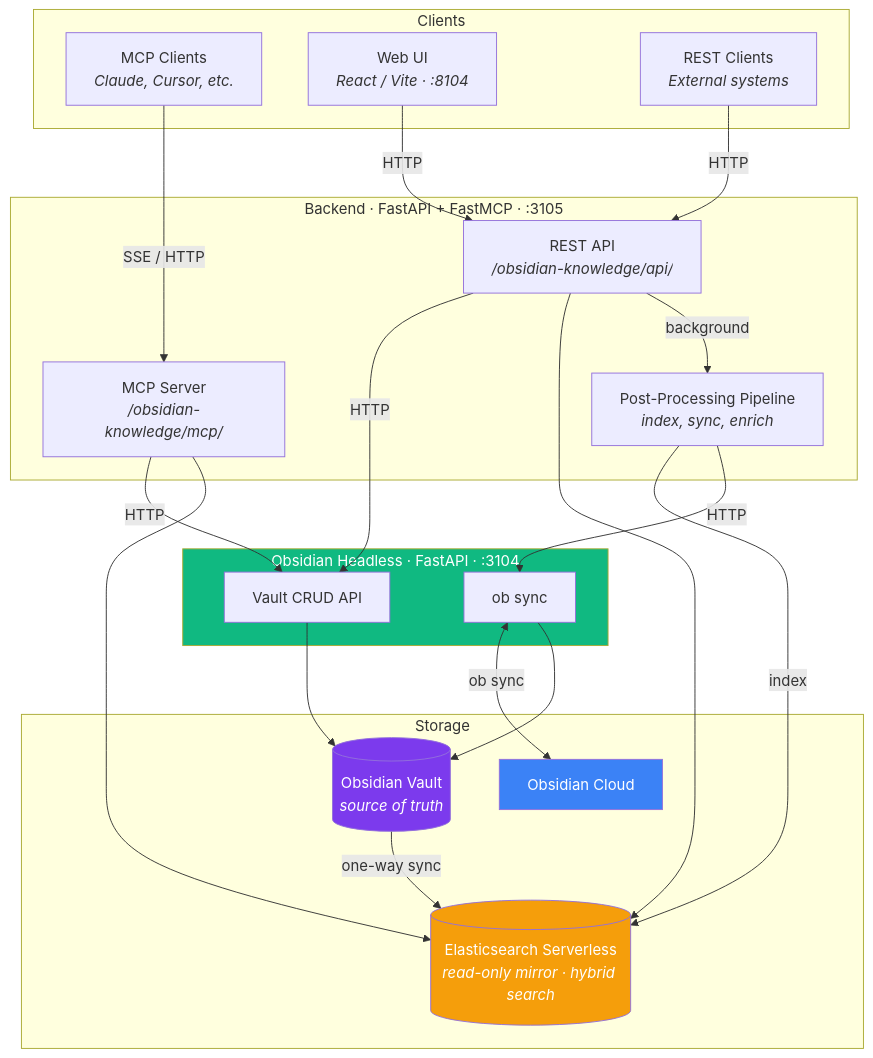
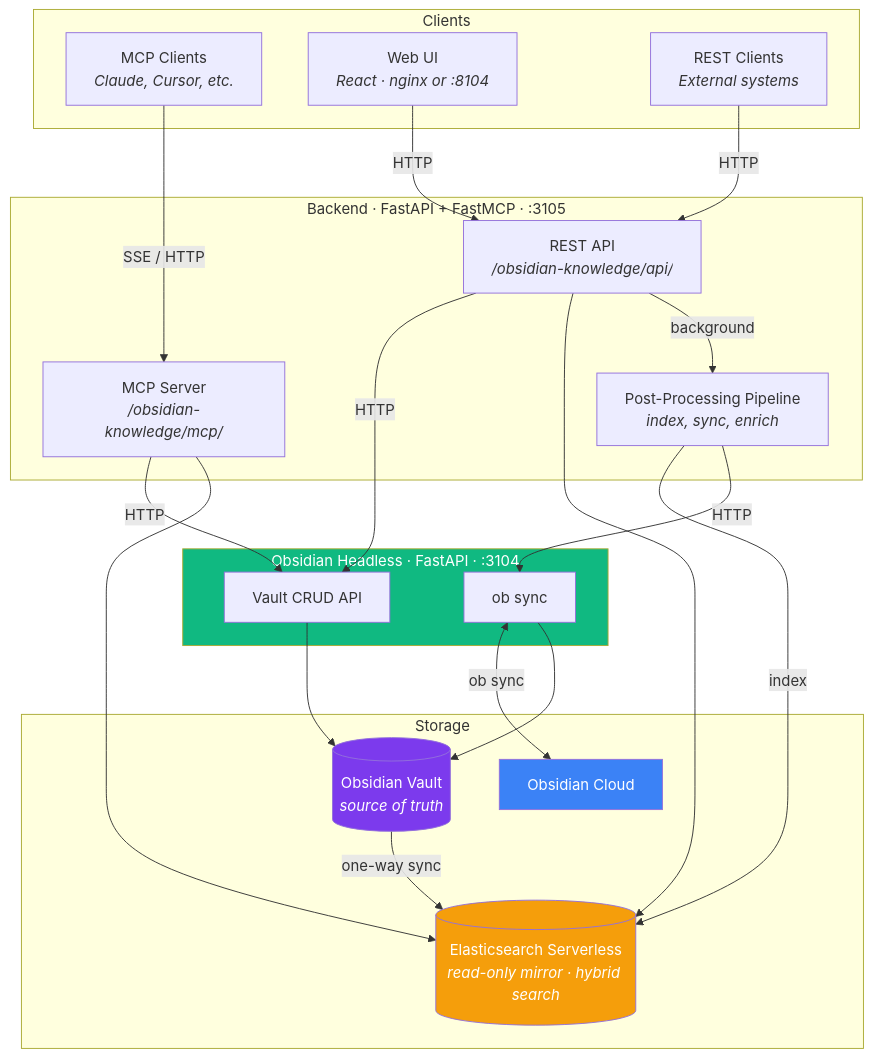
The diagram in README.md (derickson/obsidian-knowledge), drawn with Mermaid before and after one commit. The commit also changed other lines of this file and 4 other files, not shown here.

````diff
--- a/README.md
+++ b/README.md
@@ -7,49 +7,49 @@
 ```mermaid
 graph TD
     subgraph Clients
         MCP[MCP Clients<br><i>Claude, Cursor, etc.</i>]
-        UI[Web UI<br><i>React / Vite · :8104</i>]
+        UI[Web UI<br><i>React · nginx or :8104</i>]
         REST[REST Clients<br><i>External systems</i>]
     end
 
     subgraph Backend["Backend · FastAPI + FastMCP · :3105"]
         API[REST API<br><i>/obsidian-knowledge/api/</i>]
         MCPS[MCP Server<br><i>/obsidian-knowledge/mcp/</i>]
         Pipeline[Post-Processing Pipeline<br><i>index, sync, enrich</i>]
     end
 
     subgraph Headless["Obsidian Headless · FastAPI · :3104"]
         VaultAPI[Vault CRUD API]
         Sync[ob sync]
     end
 
     subgraph Storage
         Vault[(Obsidian Vault<br><i>source of truth</i>)]
         ES[(Elasticsearch Serverless<br><i>read-only mirror · hybrid search</i>)]
         Cloud[Obsidian Cloud]
     end
 
     MCP -->|SSE / HTTP| MCPS
     UI -->|HTTP| API
     REST -->|HTTP| API
 
     API -->|HTTP| VaultAPI
     MCPS -->|HTTP| VaultAPI
     API --> ES
     MCPS --> ES
 
     API -->|background| Pipeline
     Pipeline -->|index| ES
     Pipeline -->|HTTP| Sync
 
     VaultAPI --> Vault
     Sync <-->|ob sync| Cloud
     Sync --> Vault
 
     Vault -->|one-way sync| ES
 
     style Vault fill:#7c3aed,color:#fff
     style ES fill:#f59e0b,color:#fff
     style Cloud fill:#3b82f6,color:#fff
     style Headless fill:#10b981,color:#fff
 ```
````
